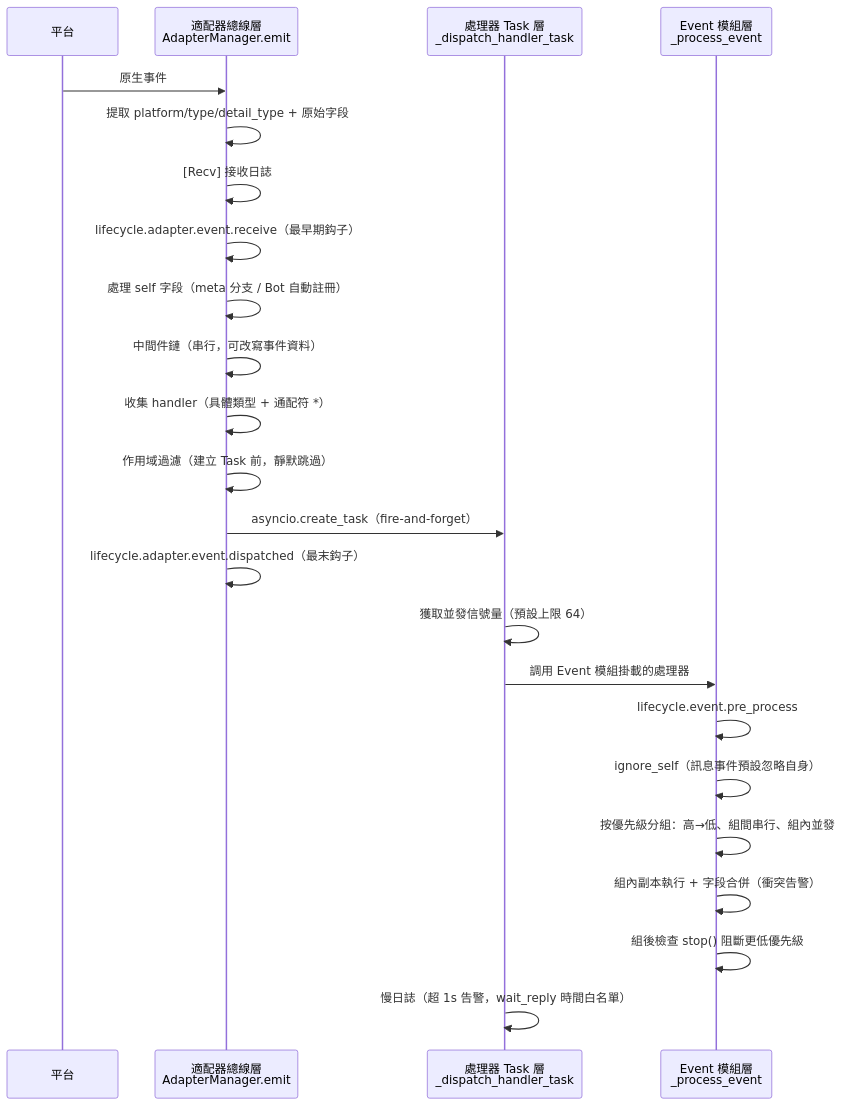
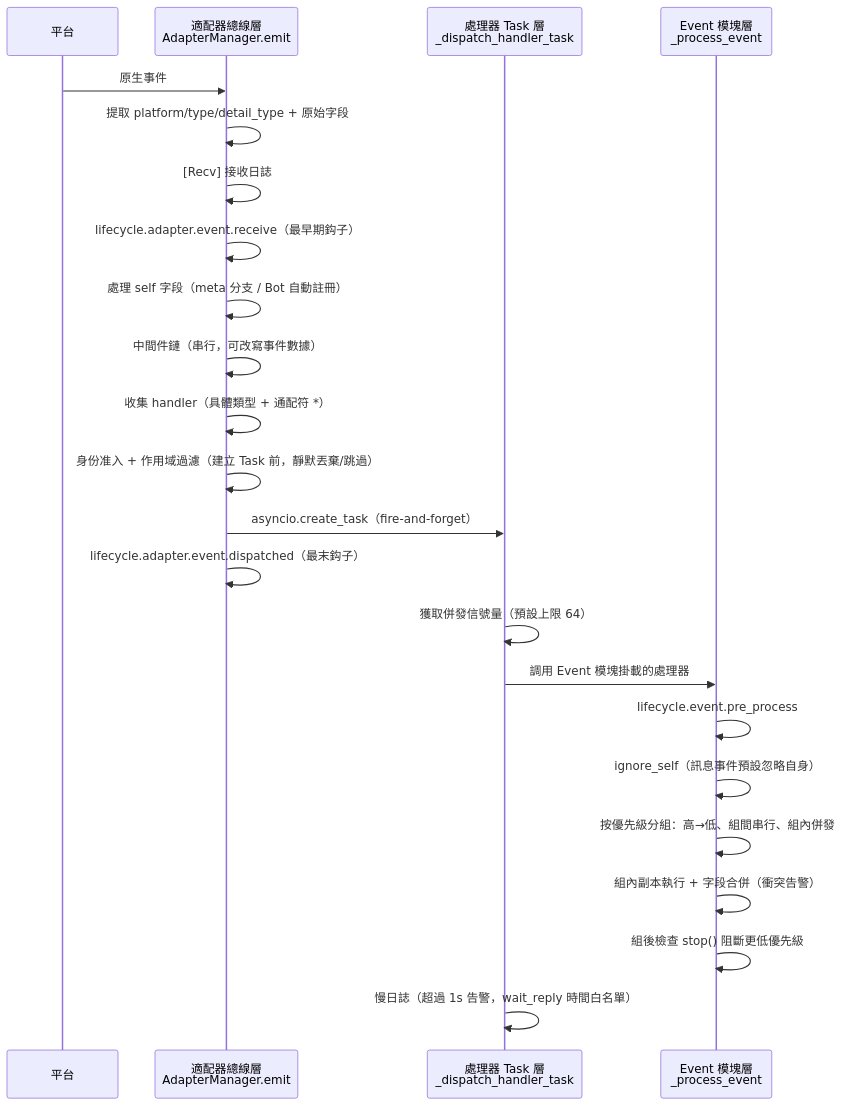
Before and after one commit to ErisPulse/ErisPulse: the fourth of 9 diagrams in docs/zh-TW/architecture.md, drawn with Mermaid. The commit also changed other lines of this file and 299 other files, not shown here.

````diff
--- a/docs/zh-TW/architecture.md
+++ b/docs/zh-TW/architecture.md
@@ -111,26 +109,26 @@
 ```mermaid
 sequenceDiagram
     participant P as 平台
     participant A as 適配器總線層<br/>AdapterManager.emit
     participant T as 處理器 Task 層<br/>_dispatch_handler_task
-    participant E as Event 模組層<br/>_process_event
+    participant E as Event 模塊層<br/>_process_event
 
     P->>A: 原生事件
     A->>A: 提取 platform/type/detail_type + 原始字段
     A->>A: [Recv] 接收日誌
     A->>A: lifecycle.adapter.event.receive（最早期鈎子）
     A->>A: 處理 self 字段（meta 分支 / Bot 自動註冊）
-    A->>A: 中間件鏈（串行，可改寫事件資料）
+    A->>A: 中間件鏈（串行，可改寫事件數據）
     A->>A: 收集 handler（具體類型 + 通配符 *）
-    A->>A: 作用域過濾（建立 Task 前，靜默跳過）
+    A->>A: 身份准入 + 作用域過濾（建立 Task 前，靜默丟棄/跳過）
     A->>T: asyncio.create_task（fire-and-forget）
     A->>A: lifecycle.adapter.event.dispatched（最末鈎子）
-    T->>T: 獲取並發信號量（預設上限 64）
-    T->>E: 調用 Event 模組掛載的處理器
+    T->>T: 獲取併發信號量（預設上限 64）
+    T->>E: 調用 Event 模塊掛載的處理器
     E->>E: lifecycle.event.pre_process
     E->>E: ignore_self（訊息事件預設忽略自身）
-    E->>E: 按優先級分組：高→低、組間串行、組內並發
+    E->>E: 按優先級分組：高→低、組間串行、組內併發
     E->>E: 組內副本執行 + 字段合併（衝突告警）
     E->>E: 組後檢查 stop() 阻斷更低優先級
-    T->>T: 慢日誌（超 1s 告警，wait_reply 時間白名單）
+    T->>T: 慢日誌（超過 1s 告警，wait_reply 時間白名單）
 ```
````
